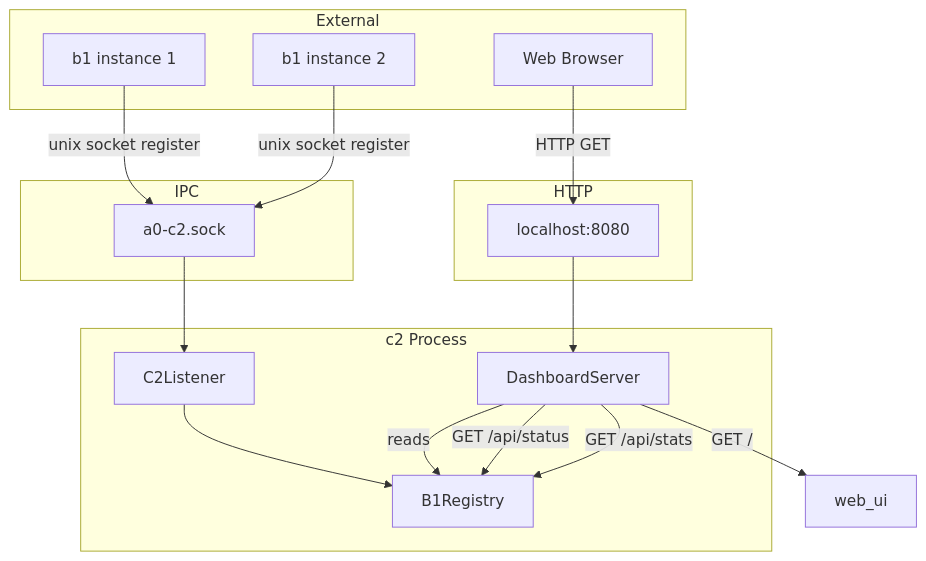
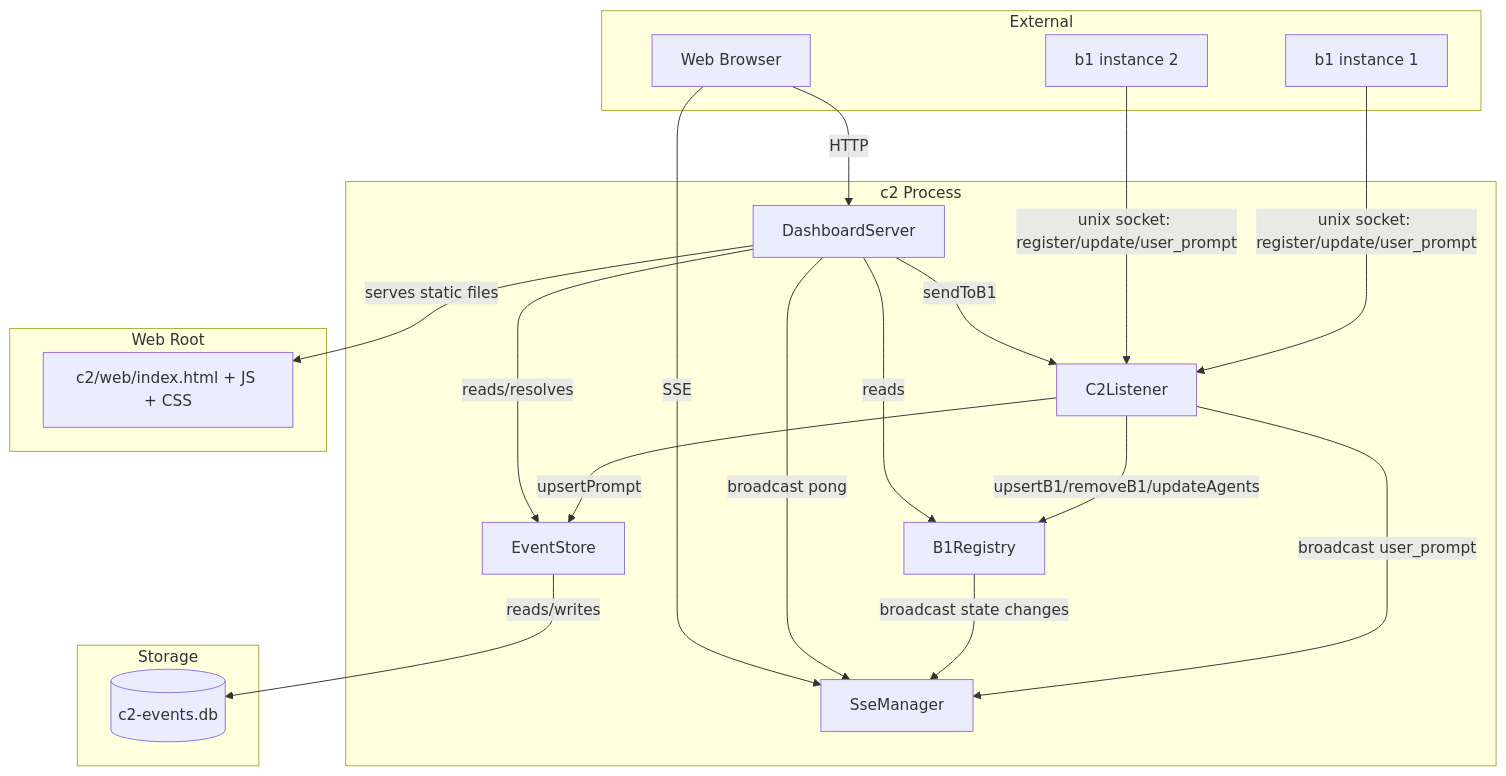
The first of 5 diagrams in src/c2/technical-specification.md (opensassi/a0), drawn with Mermaid before and after one commit. The commit also changed other lines of this file and 71 other files, not shown here.

Commit message:
2026-05-30-c2-web-ui-sse-187c814dbffe7QiQREe2OBfkpi

````diff
--- a/src/c2/technical-specification.md
+++ b/src/c2/technical-specification.md
@@ -224,35 +290,41 @@
 ```mermaid
 graph TB
     subgraph "c2 Process"
-        Reg[B1Registry]
-        Listener[C2Listener]
-        Dash[DashboardServer]
+        REG[B1Registry]
+        SSE[SseManager]
+        EV[EventStore]
+        L[C2Listener]
+        D[DashboardServer]
     end
 
     subgraph "External"
         B1_1[b1 instance 1]
         B1_2[b1 instance 2]
-        Browser[Web Browser]
+        BROWSER[Web Browser]
     end
 
-    subgraph "IPC"
-        C2Sock[a0-c2.sock]
+    subgraph "Storage"
+        DB[(c2-events.db)]
     end
 
-    subgraph "HTTP"
-        Port[localhost:8080]
+    subgraph "Web Root"
+        STATIC[c2/web/index.html + JS + CSS]
     end
 
-    B1_1 -->|unix socket register| C2Sock
-    B1_2 -->|unix socket register| C2Sock
-    C2Sock --> Listener
-    Listener --> Reg
+    B1_1 -->|"unix socket: register/update/user_prompt"| L
+    B1_2 -->|"unix socket: register/update/user_prompt"| L
+    L -->|upsertB1/removeB1/updateAgents| REG
+    L -->|upsertPrompt| EV
+    L -->|broadcast user_prompt| SSE
+    REG -->|broadcast state changes| SSE
 
-    Dash -->|reads| Reg
-    Browser -->|HTTP GET| Port
-    Port --> Dash
+    D -->|reads| REG
+    D -->|reads/resolves| EV
+    D -->|sendToB1| L
+    D -->|broadcast pong| SSE
+    D -->|serves static files| STATIC
 
-    Dash -->|GET /api/status| Reg
-    Dash -->|GET /api/stats| Reg
-    Dash -->|GET /| web_ui
+    BROWSER -->|HTTP| D
+    BROWSER -->|SSE| SSE
+    EV -->|reads/writes| DB
 ```
````
